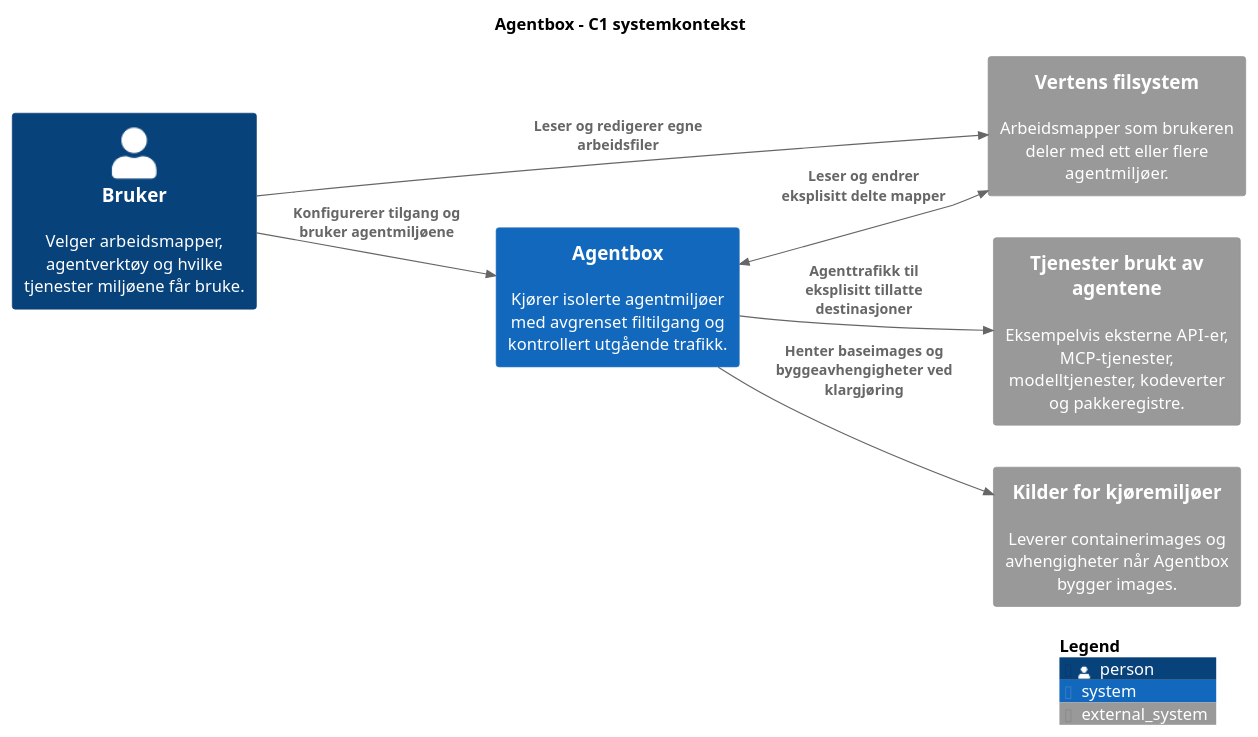
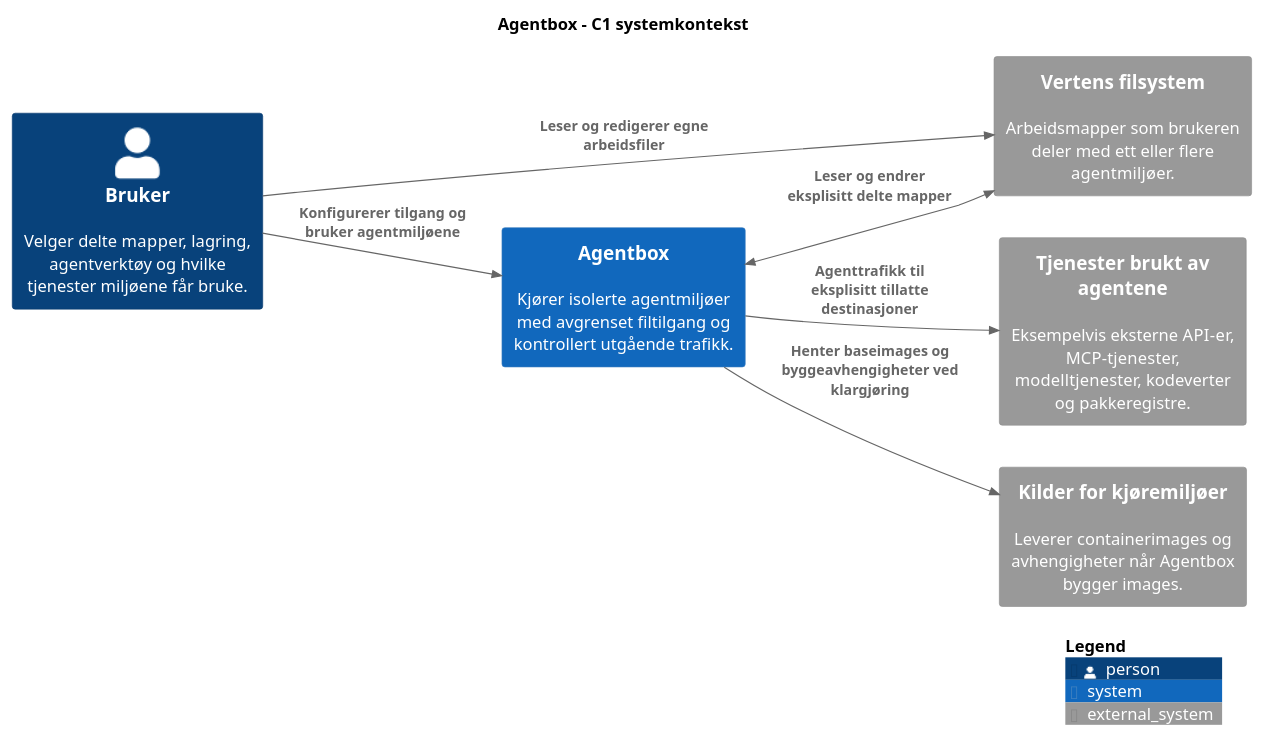
One commit to oisteink/agentbox changed the first of 3 diagrams in docs/architecture-c4.md. Above: the diagram before and after it, drawn with PlantUML. The commit also changed other lines of this file and 52 other files, not shown here.

````diff
--- a/docs/architecture-c4.md
+++ b/docs/architecture-c4.md
@@ -19,20 +19,20 @@
 ```plantuml
 @startuml agentbox-context
 !include <C4/C4_Context>
 LAYOUT_LEFT_RIGHT()
 title Agentbox - C1 systemkontekst
 
-Person(developer, "Bruker", "Velger arbeidsmapper, agentverktøy og hvilke tjenester miljøene får bruke.")
+Person(developer, "Bruker", "Velger delte mapper, lagring, agentverktøy og hvilke tjenester miljøene får bruke.")
 System(agentbox, "Agentbox", "Kjører isolerte agentmiljøer med avgrenset filtilgang og kontrollert utgående trafikk.")
 System_Ext(workspace, "Vertens filsystem", "Arbeidsmapper som brukeren deler med ett eller flere agentmiljøer.")
 System_Ext(services, "Tjenester brukt av agentene", "Eksempelvis eksterne API-er, MCP-tjenester, modelltjenester, kodeverter og pakkeregistre.")
 System_Ext(supply, "Kilder for kjøremiljøer", "Leverer containerimages og avhengigheter når Agentbox bygger images.")
 
 Rel(developer, agentbox, "Konfigurerer tilgang og bruker agentmiljøene")
 Rel(developer, workspace, "Leser og redigerer egne arbeidsfiler")
 BiRel(agentbox, workspace, "Leser og endrer eksplisitt delte mapper")
 Rel(agentbox, services, "Agenttrafikk til eksplisitt tillatte destinasjoner")
 Rel(agentbox, supply, "Henter baseimages og byggeavhengigheter ved klargjøring")
 SHOW_LEGEND()
 @enduml
 ```
````
